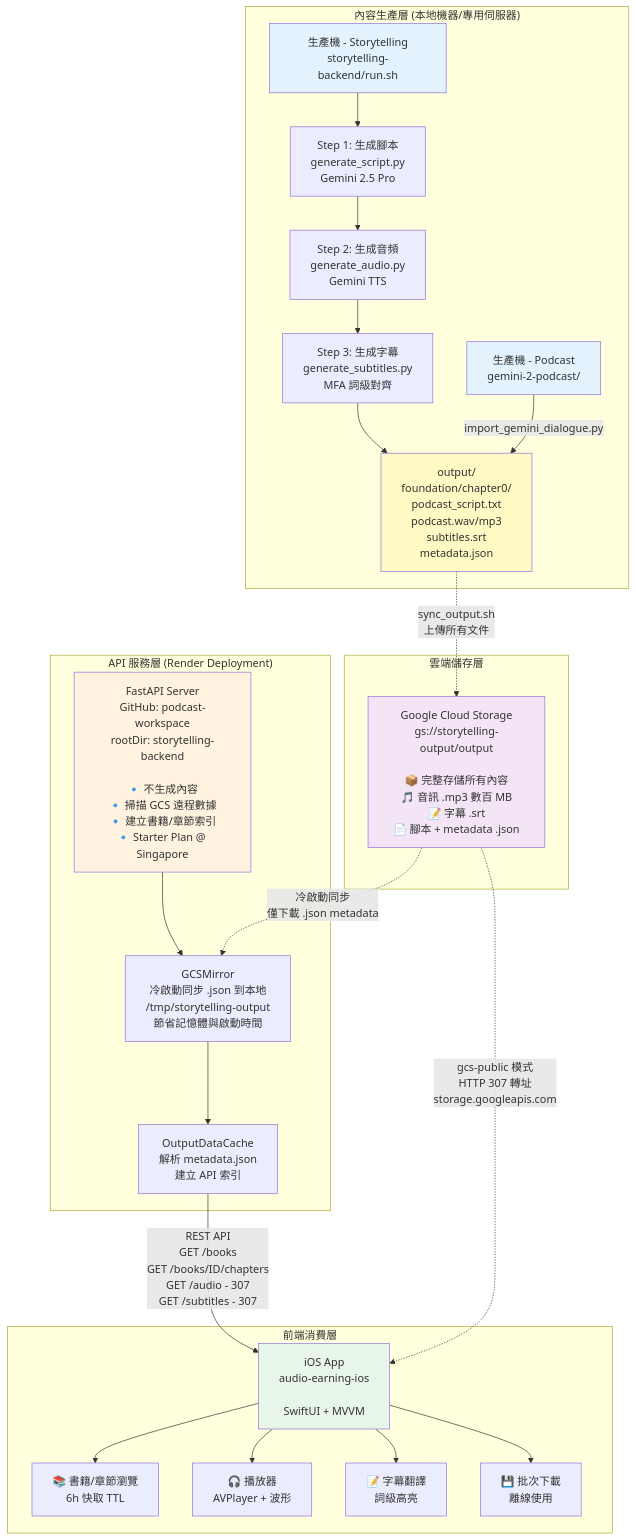
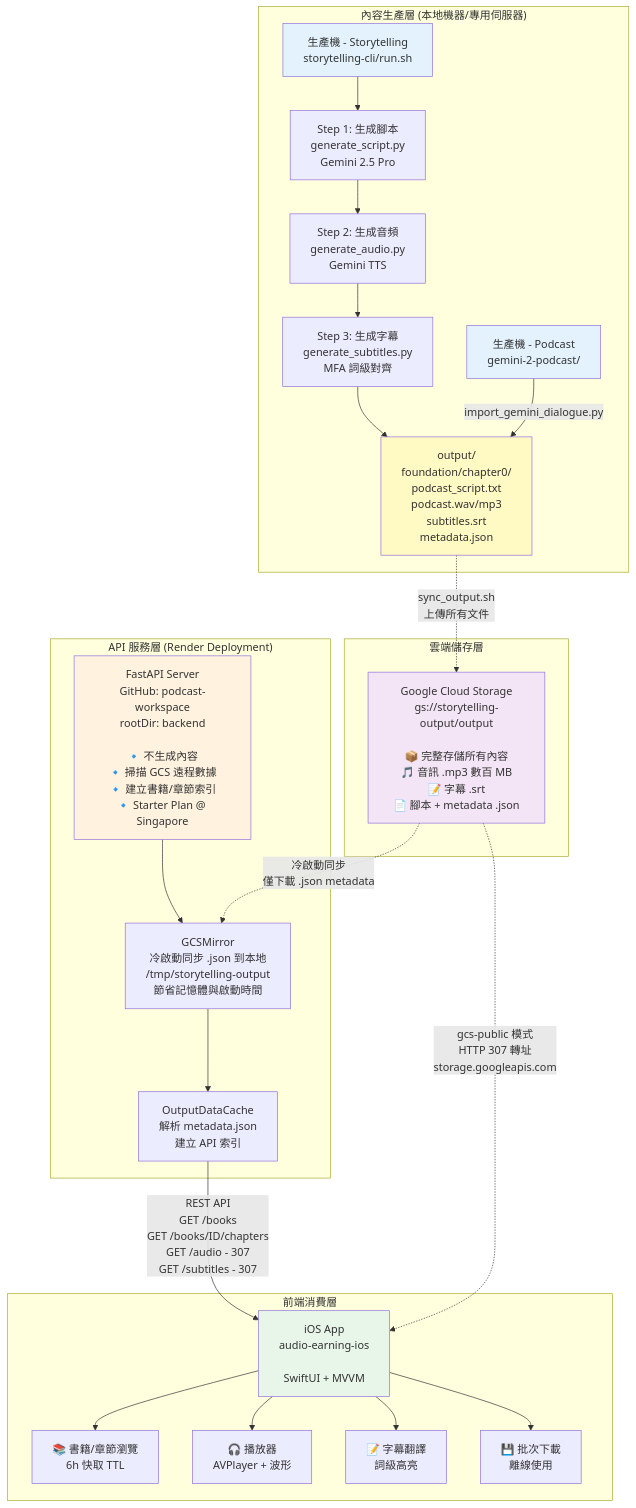
Before and after one commit to MaxChen228/podcast-workspace: the diagram in docs/diagrams/full-architecture.mmd, drawn with Mermaid. The commit also changed 8 other files, not shown here.

Commit message:
chore: clean residual backend/cli coupling

```diff
--- a/docs/diagrams/full-architecture.mmd
+++ b/docs/diagrams/full-architecture.mmd
@@ -1,57 +1,57 @@
 graph TB
     subgraph "內容生產層 (本地機器/專用伺服器)"
-        A1[生產機 - Storytelling<br/>storytelling-backend/run.sh]
+        A1[生產機 - Storytelling<br/>storytelling-cli/run.sh]
         A2[生產機 - Podcast<br/>gemini-2-podcast/]
 
         A1_1[Step 1: 生成腳本<br/>generate_script.py<br/>Gemini 2.5 Pro]
         A1_2[Step 2: 生成音頻<br/>generate_audio.py<br/>Gemini TTS]
         A1_3[Step 3: 生成字幕<br/>generate_subtitles.py<br/>MFA 詞級對齊]
 
         A1 --> A1_1 --> A1_2 --> A1_3
 
         OUTPUT[output/<br/>foundation/chapter0/<br/>podcast_script.txt<br/>podcast.wav/mp3<br/>subtitles.srt<br/>metadata.json]
 
         A1_3 --> OUTPUT
         A2 --> |import_gemini_dialogue.py| OUTPUT
     end
 
     subgraph "雲端儲存層"
         GCS[Google Cloud Storage<br/>gs://storytelling-output/output<br/><br/>📦 完整存儲所有內容<br/>🎵 音訊 .mp3 數百 MB<br/>📝 字幕 .srt<br/>📄 腳本 + metadata .json]
     end
 
     subgraph "API 服務層 (Render Deployment)"
-        B[FastAPI Server<br/>GitHub: podcast-workspace<br/>rootDir: storytelling-backend<br/><br/>🔹 不生成內容<br/>🔹 掃描 GCS 遠程數據<br/>🔹 建立書籍/章節索引<br/>🔹 Starter Plan @ Singapore]
+        B[FastAPI Server<br/>GitHub: podcast-workspace<br/>rootDir: backend<br/><br/>🔹 不生成內容<br/>🔹 掃描 GCS 遠程數據<br/>🔹 建立書籍/章節索引<br/>🔹 Starter Plan @ Singapore]
 
         B1[GCSMirror<br/>冷啟動同步 .json 到本地<br/>/tmp/storytelling-output<br/>節省記憶體與啟動時間]
         B2[OutputDataCache<br/>解析 metadata.json<br/>建立 API 索引]
 
         B --> B1 --> B2
     end
 
     subgraph "前端消費層"
         C[iOS App<br/>audio-earning-ios<br/><br/>SwiftUI + MVVM]
 
         C1[📚 書籍/章節瀏覽<br/>6h 快取 TTL]
         C2[🎧 播放器<br/>AVPlayer + 波形]
         C3[📝 字幕翻譯<br/>詞級高亮]
         C4[💾 批次下載<br/>離線使用]
 
         C --> C1
         C --> C2
         C --> C3
         C --> C4
     end
 
     OUTPUT -.->|sync_output.sh<br/>上傳所有文件| GCS
     GCS -.->|冷啟動同步<br/>僅下載 .json metadata| B1
 
     B2 -->|REST API<br/>GET /books<br/>GET /books/ID/chapters<br/>GET /audio - 307<br/>GET /subtitles - 307| C
 
     GCS -.->|gcs-public 模式<br/>HTTP 307 轉址<br/>storage.googleapis.com| C
 
     style A1 fill:#e3f2fd
     style A2 fill:#e3f2fd
     style OUTPUT fill:#fff9c4
     style GCS fill:#f3e5f5
     style B fill:#fff3e0
     style C fill:#e8f5e9
```
